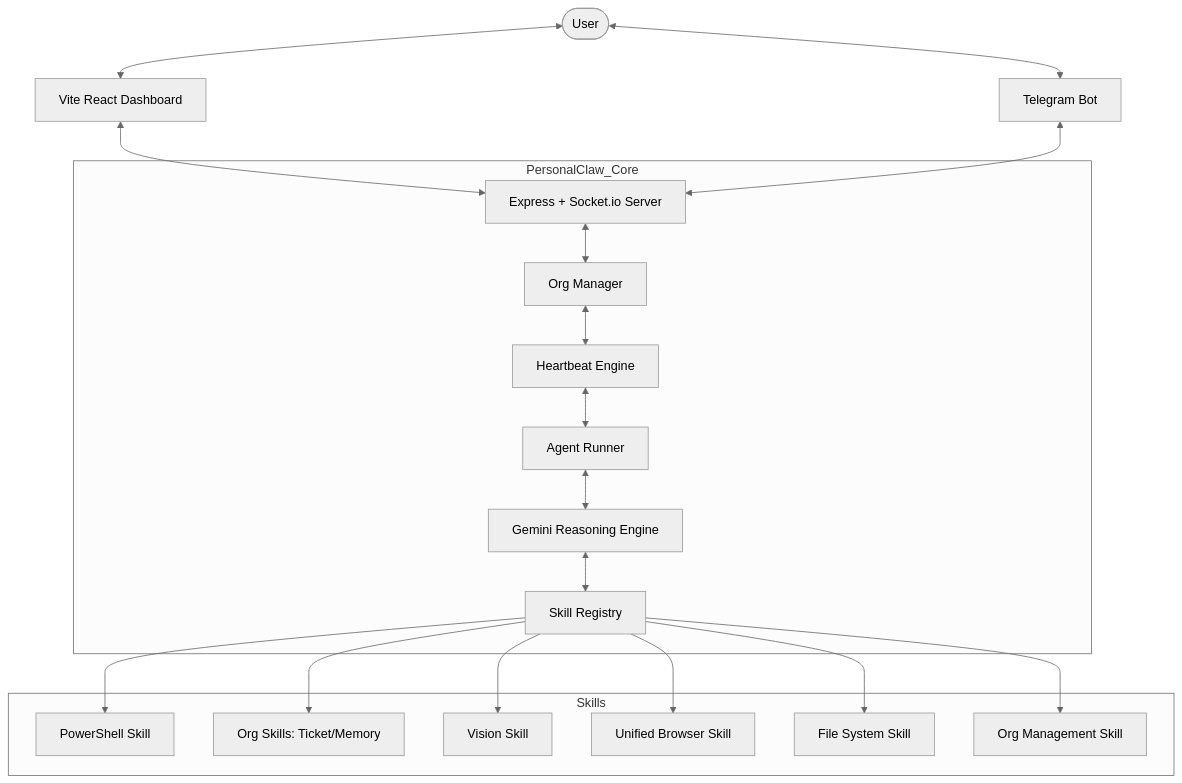
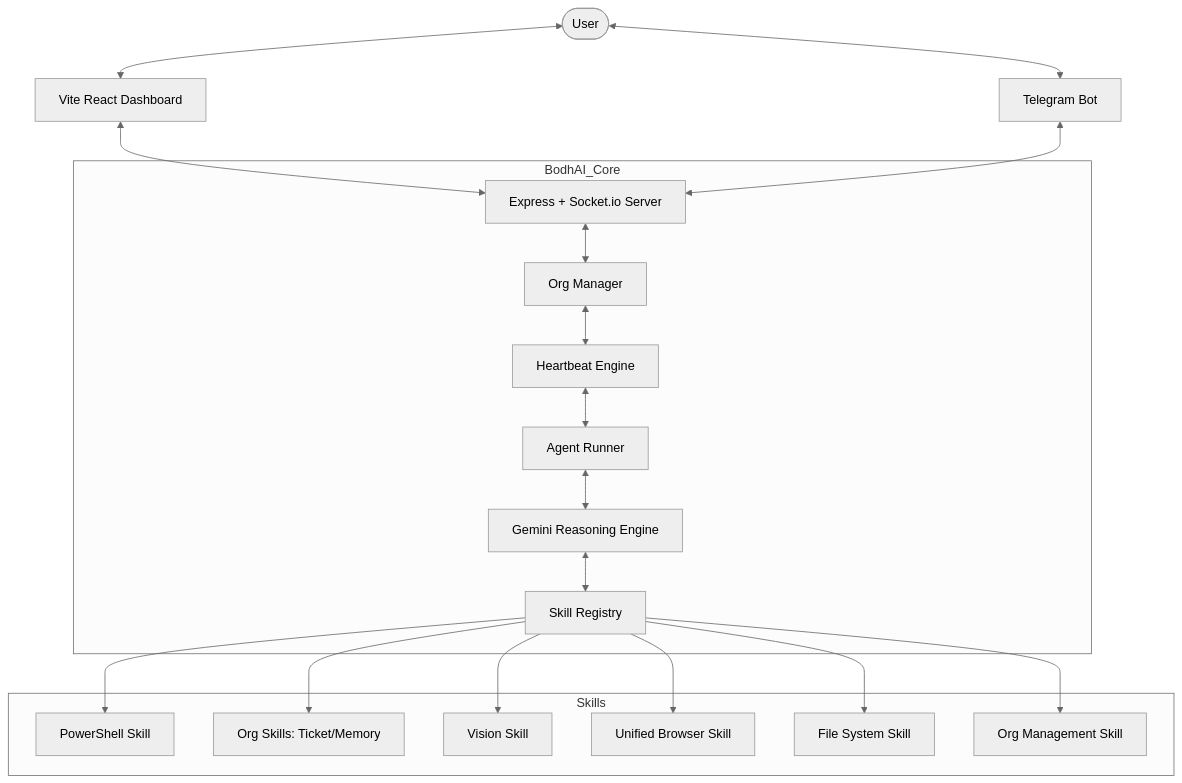
Before and after one commit to ankit9137/PersonalClaw: the diagram in AGENTS.md, drawn with Mermaid (neutral theme). The commit also changed other lines of this file and 47 other files, not shown here.

````diff
--- a/AGENTS.md
+++ b/AGENTS.md
@@ -80,31 +80,31 @@
 ```mermaid
 graph TD
     User([User]) <--> Dashboard[Vite React Dashboard]
     User <--> Telegram[Telegram Bot]
     
-    subgraph PersonalClaw_Core
+    subgraph BodhAI_Core
         Server[Express + Socket.io Server]
         OrgManager[Org Manager]
         Heartbeat[Heartbeat Engine]
         Runner[Agent Runner]
         Brain[Gemini Reasoning Engine]
         Registry[Skill Registry]
     end
     
     Dashboard <--> Server
     Telegram <--> Server
     Server <--> OrgManager
     OrgManager <--> Heartbeat
     Heartbeat <--> Runner
     Runner <--> Brain
     Brain <--> Registry
     
     subgraph Skills
         Registry --> PowerShell[PowerShell Skill]
         Registry --> OrgSkills[Org Skills: Ticket/Memory]
         Registry --> Vision[Vision Skill]
         Registry --> Browser[Unified Browser Skill]
         Registry --> File[File System Skill]
         Registry --> Manager[Org Management Skill]
     end
 ```
````
